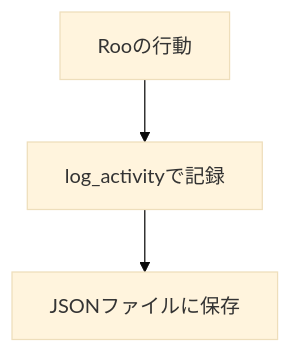
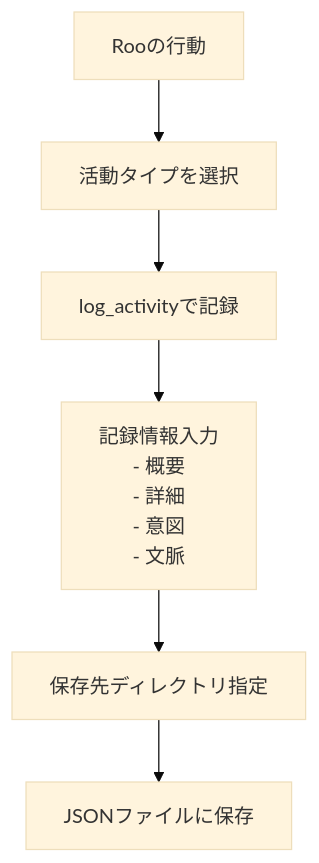
Before and after one commit to annenpolka/roo-logger: the first of 2 diagrams in README.md, drawn with Mermaid (base theme). The commit also changed other lines of this file, not shown here.

Commit message:
docs: READMEの構造整理と内容充実（ルール例・意図と文脈の重要性追記）

````diff
--- a/README.md
+++ b/README.md
@@ -17,5 +17,8 @@
 ```mermaid
 flowchart TD
-    A[Rooの行動] --> B[log_activityで記録]
-    B --> C[JSONファイルに保存]
+    A[Rooの行動] --> B[活動タイプを選択]
+    B --> C[log_activityで記録]
+    C --> D[記録情報入力<br>- 概要<br>- 詳細<br>- 意図<br>- 文脈]
+    D --> E[保存先ディレクトリ指定]
+    E --> F[JSONファイルに保存]
 ```
````
